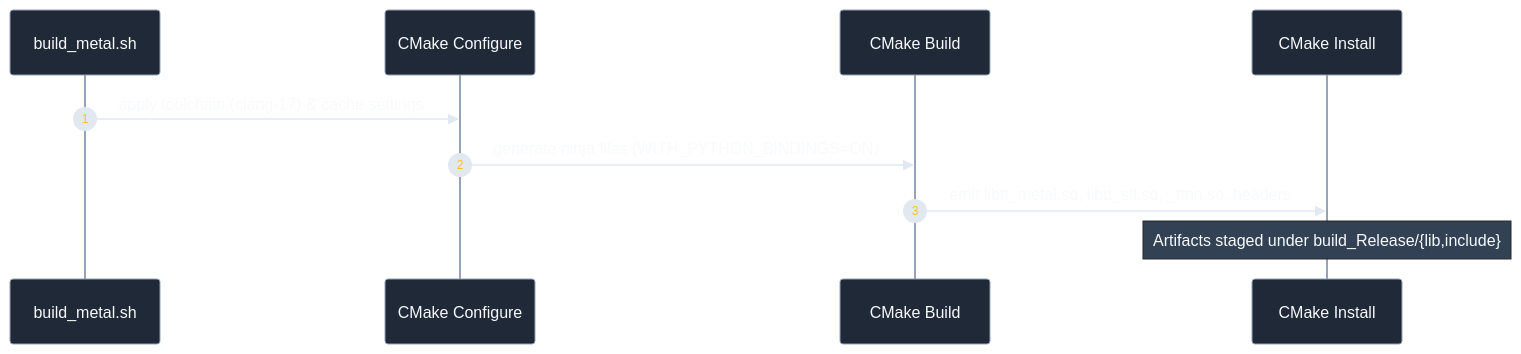
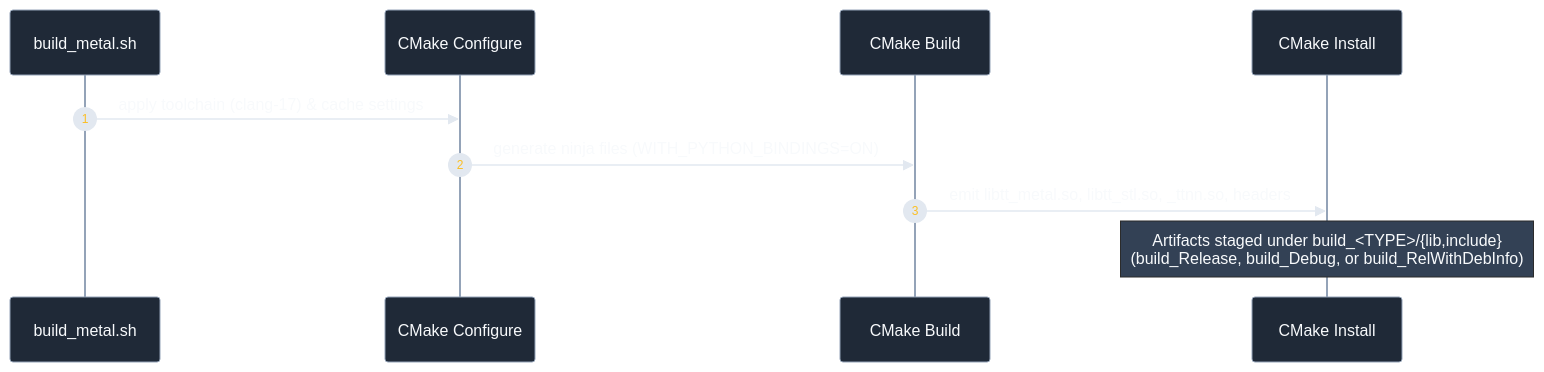
One commit to tenstorrent/pytorch2.0_ttnn changed the third of 5 diagrams in docs/BuildFlow.md. Above: the diagram before and after it, drawn with Mermaid. The commit also changed other lines of this file and 7 other files, not shown here.

Commit message:
fix: enhance C++ extension build and test workflow, docs are updated - build_cpp_extension.sh, run_cpp_extension_tests.sh are created with Release, Debug modes

````diff
--- a/docs/BuildFlow.md
+++ b/docs/BuildFlow.md
@@ -101,14 +127,14 @@
 ```mermaid
 %%{init: {'theme':'base','themeVariables':{'background':'#0f172a','primaryColor':'#1f2937','primaryTextColor':'#f8fafc','primaryBorderColor':'#94a3b8','lineColor':'#e2e8f0','tertiaryColor':'#334155','actorTextColor':'#f8fafc','actorBorder':'#94a3b8','noteBkgColor':'#334155','noteTextColor':'#f8fafc','signalColor':'#e2e8f0','signalTextColor':'#f8fafc','loopTextColor':'#f8fafc','sequenceNumberColor':'#fbbf24','fontSize':'15px','fontFamily':'Inter, Arial, sans-serif'}}}%%
 sequenceDiagram
     autonumber
     participant Script as build_metal.sh
     participant Configure as CMake Configure
     participant Build as CMake Build
     participant Install as CMake Install
 
     Script->>Configure: apply toolchain (clang-17) & cache settings
     Configure->>Build: generate ninja files (WITH_PYTHON_BINDINGS=ON)
     Build->>Install: emit libtt_metal.so, libtt_stl.so, _ttnn.so, headers
-    Note over Install: Artifacts staged under build_Release/{lib,include}
+    Note over Install: Artifacts staged under build_<TYPE>/{lib,include}<br/>(build_Release, build_Debug, or build_RelWithDebInfo)
 ```
````
